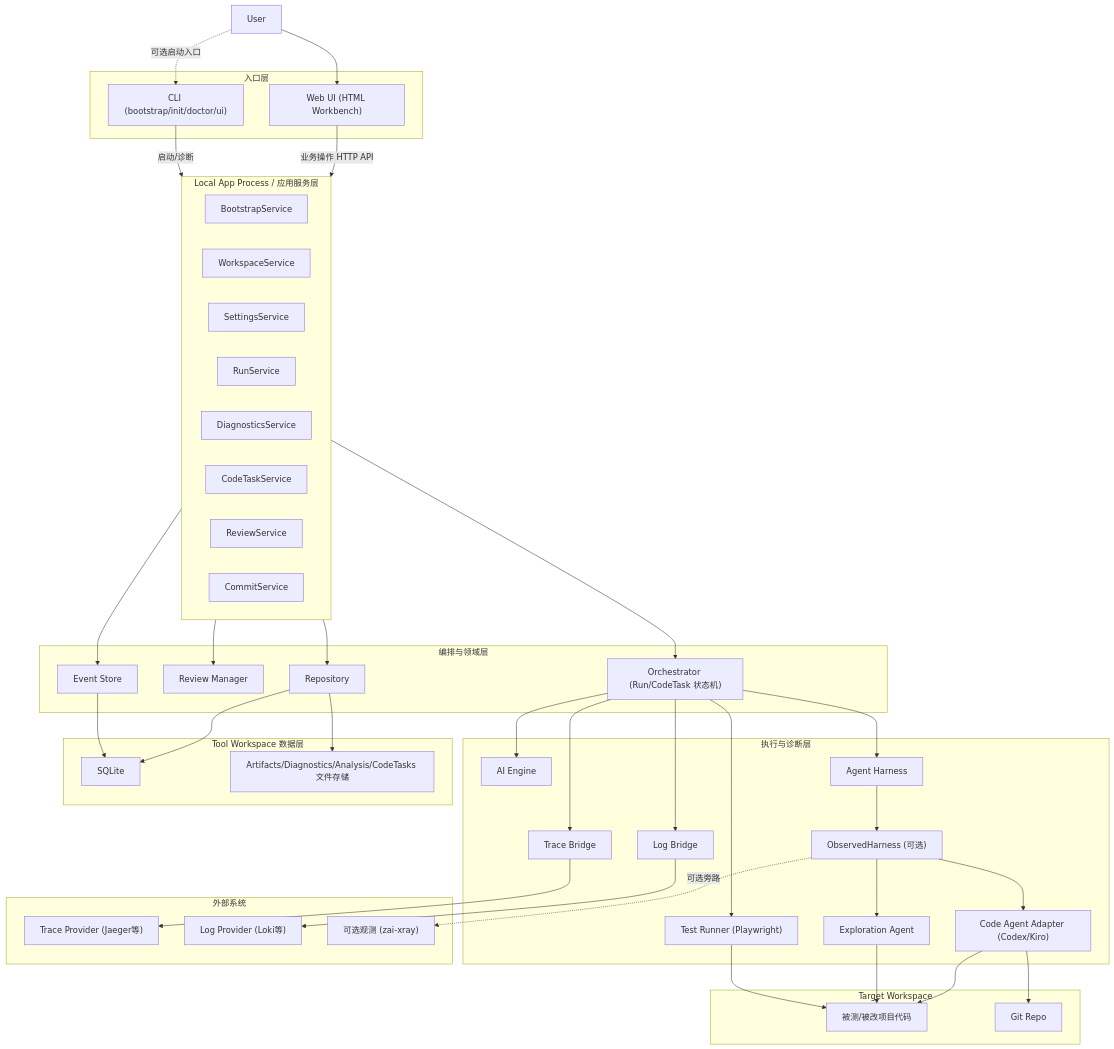
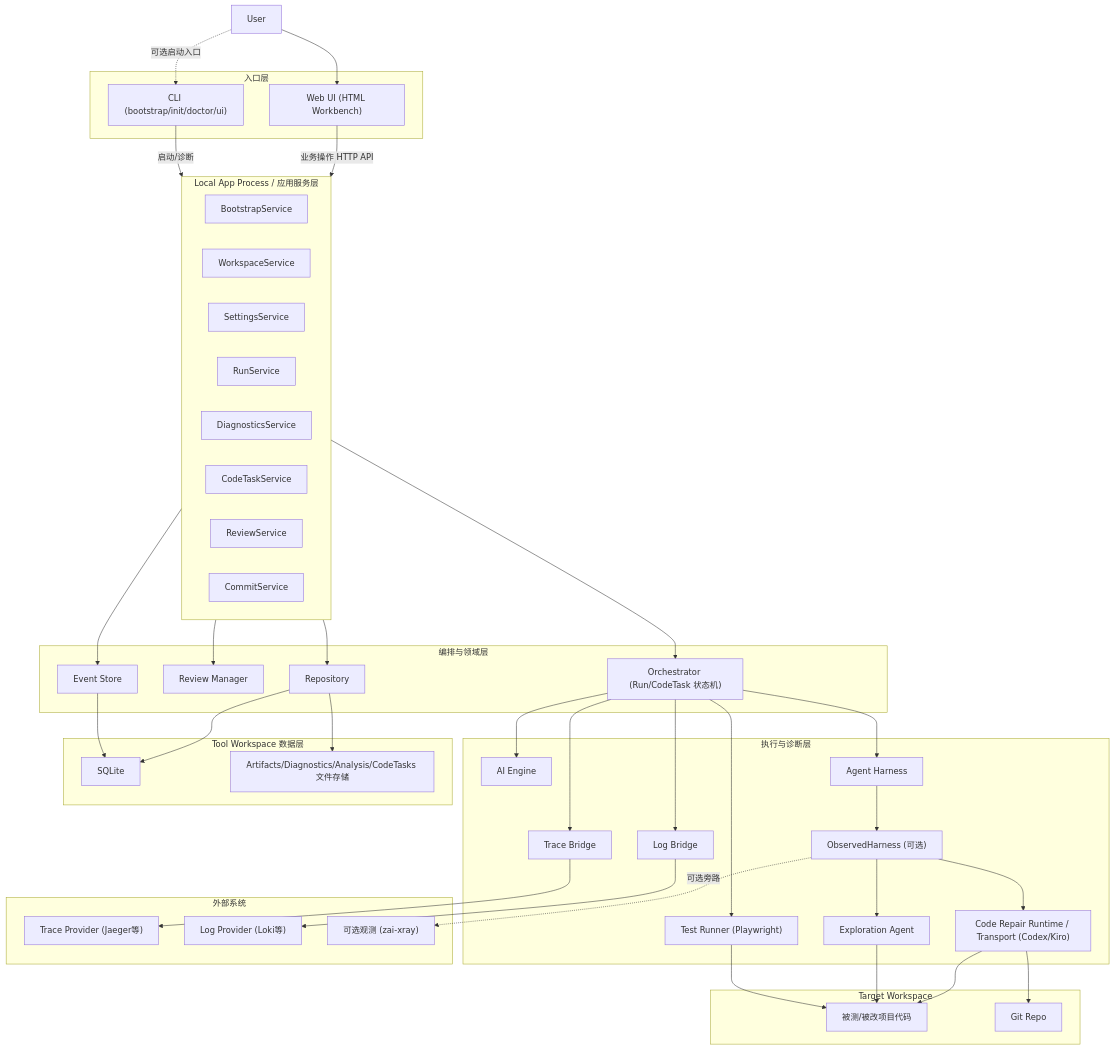
Before and after one commit to Zack-Zz/ai-regression-workbench: the first of 3 diagrams in docs/design.md, drawn with Mermaid. The commit also changed other lines of this file and 70 other files, not shown here.

Commit message:
refactor: modularize agent runtime and replay flows

```diff
--- a/docs/design.md
+++ b/docs/design.md
@@ -217,7 +219,7 @@
     AH["Agent Harness"]
     OH["ObservedHarness (可选)"]
     EA["Exploration Agent"]
-    CA["Code Agent Adapter (Codex/Kiro)"]
+    CA["Code Repair Runtime / Transport (Codex/Kiro)"]
   end
 
   subgraph ToolData["Tool Workspace 数据层"]
```
